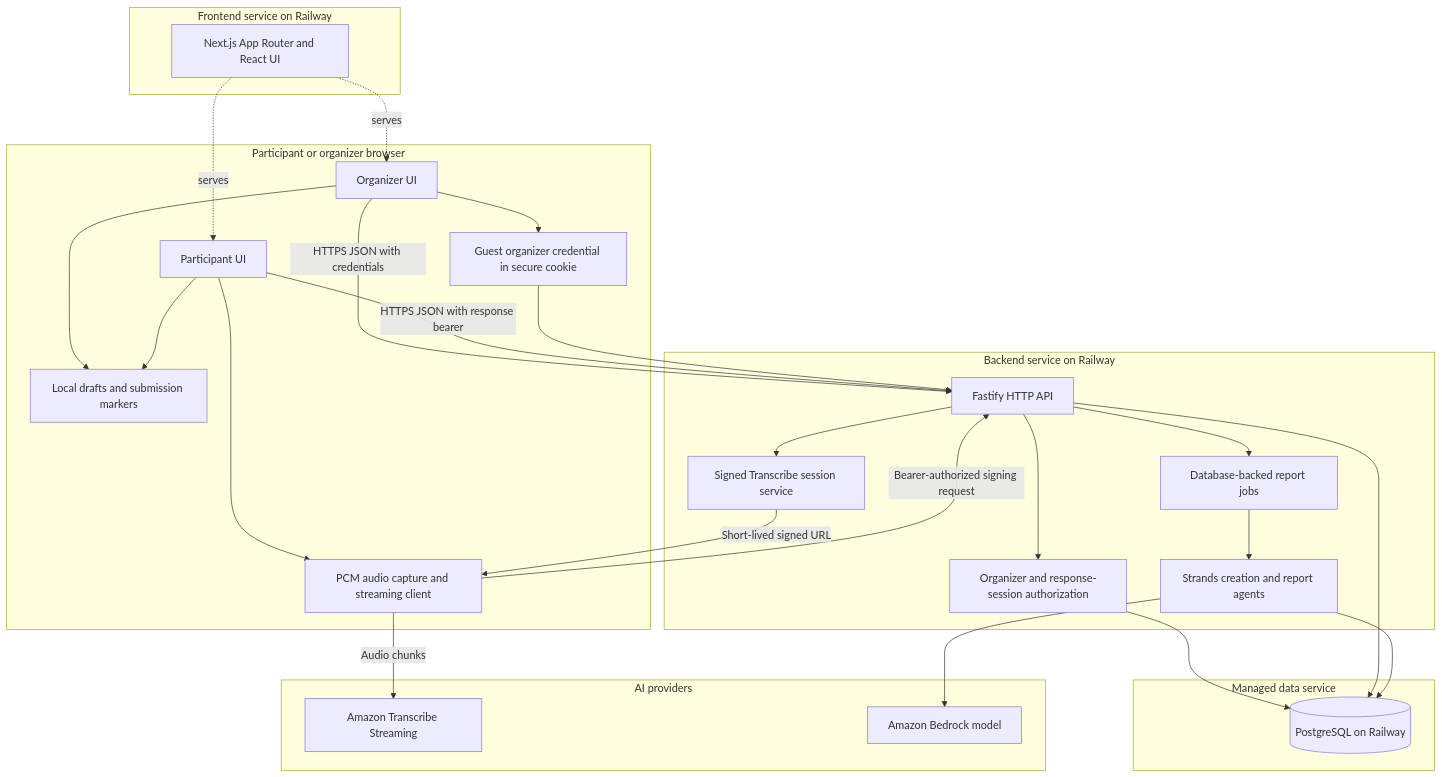
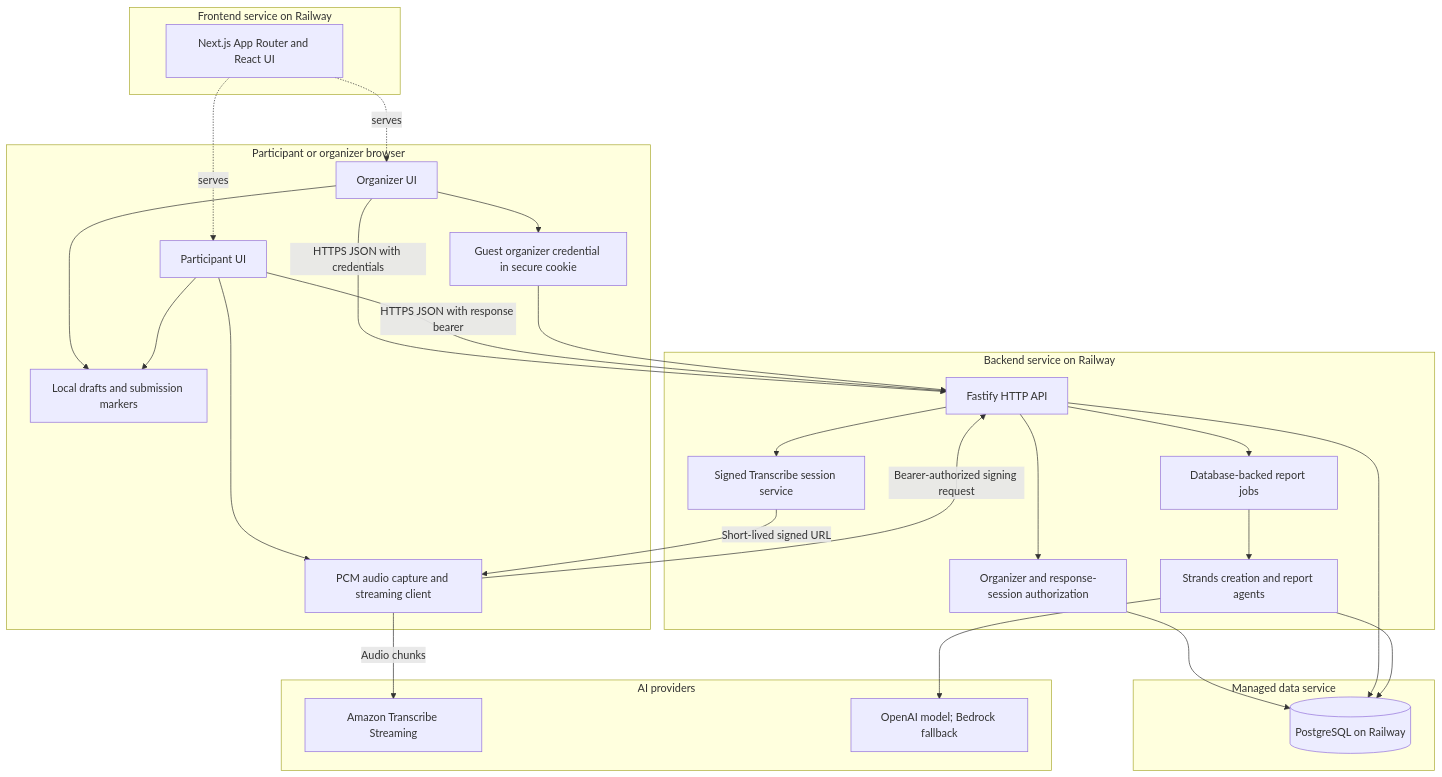
Before and after one commit to landofcash/saywide.com: the second of 2 diagrams in development-spec.md, drawn with Mermaid. The commit also changed other lines of this file and 32 other files, not shown here.

````diff
--- a/development-spec.md
+++ b/development-spec.md
@@ -395,52 +395,52 @@
 ```mermaid
 flowchart TB
     subgraph Browser[Participant or organizer browser]
         O[Organizer UI]
         P[Participant UI]
         L[Local drafts and submission markers]
         G[Guest organizer credential in secure cookie]
         C[PCM audio capture and streaming client]
     end
 
     subgraph Frontend[Frontend service on Railway]
         UI[Next.js App Router and React UI]
     end
 
     subgraph Backend[Backend service on Railway]
         API[Fastify HTTP API]
         AUTH[Organizer and response-session authorization]
         S[Signed Transcribe session service]
         Q[Database-backed report jobs]
         A[Strands creation and report agents]
     end
 
     subgraph Data[Managed data service]
         DB[(PostgreSQL on Railway)]
     end
 
     subgraph Providers[AI providers]
         STT[Amazon Transcribe Streaming]
-        M[Amazon Bedrock model]
+        M[OpenAI model; Bedrock fallback]
     end
 
     UI -. serves .-> O
     UI -. serves .-> P
     O -->|HTTPS JSON with credentials| API
     P -->|HTTPS JSON with response bearer| API
     O --> L
     O --> G
     G --> API
     P --> L
     P --> C
     C -->|Bearer-authorized signing request| API
     API --> S
     S -->|Short-lived signed URL| C
     C -->|Audio chunks| STT
     API --> AUTH
     AUTH --> DB
     API --> DB
     API --> Q
     Q --> A
     A --> DB
     A --> M
 ```
````
